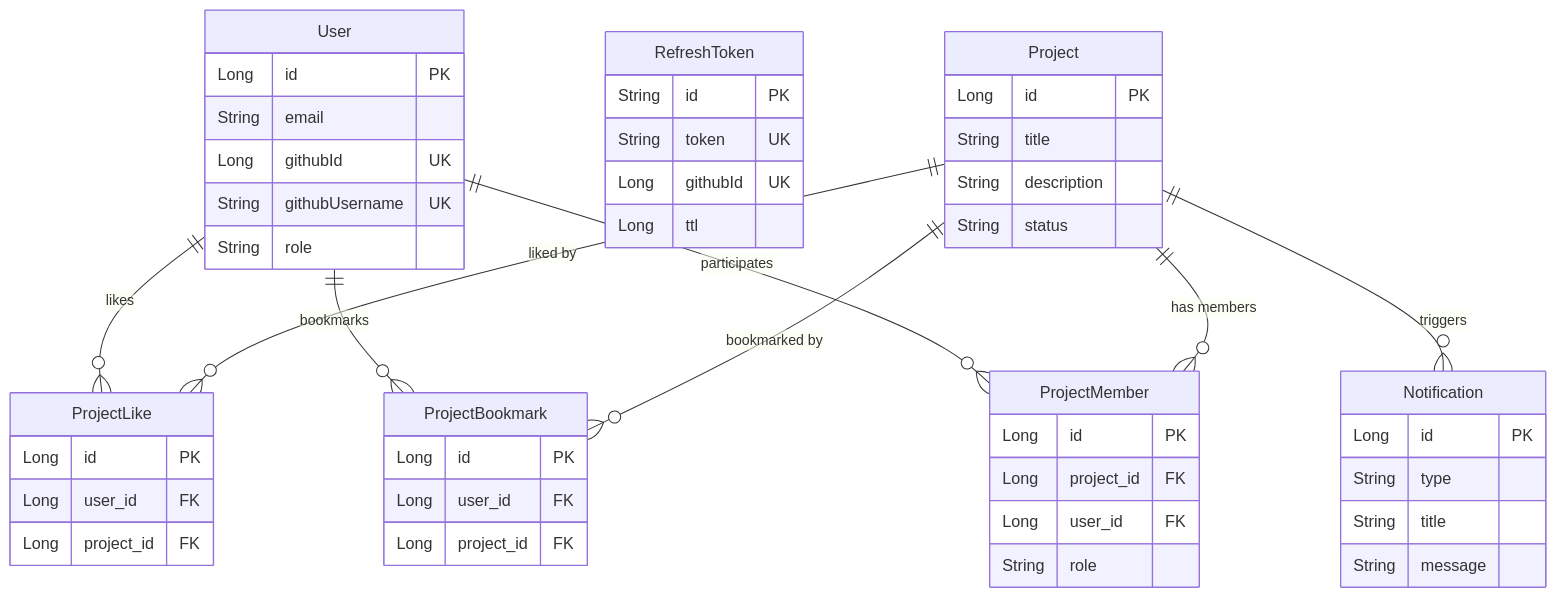
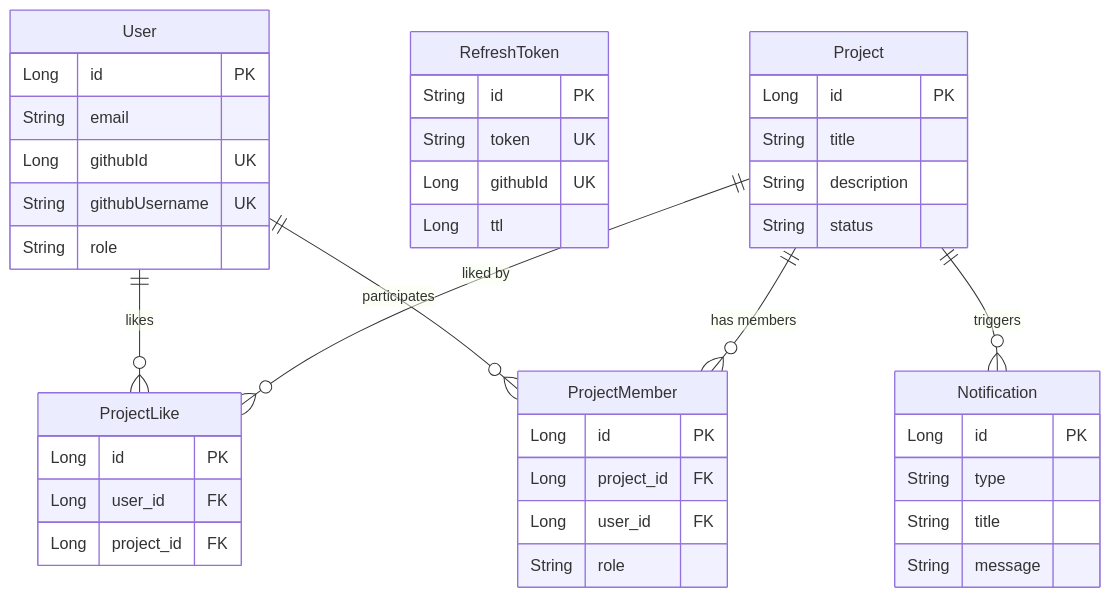
The diagram in README.md (Pmanchu-Service/Pmanchu_BE_ver.POP), drawn with Mermaid before and after one commit.

Commit message:
docs: (#6) 북마크 테이블 제거

````diff
--- a/README.md
+++ b/README.md
@@ -3,59 +3,51 @@
 ```mermaid
 erDiagram
     
     User {
         Long id PK
         String email
         Long githubId UK
         String githubUsername UK
         String role
     }
 
     RefreshToken {
         String id PK
         String token UK
         Long githubId UK 
         Long ttl
     }
 
     ProjectLike {
-        Long id PK
-        Long user_id FK
-        Long project_id FK
-    }
-
-    ProjectBookmark {
         Long id PK
         Long user_id FK
         Long project_id FK
     }
 
     Project {
         Long id PK
         String title
         String description
         String status
     }
 
     ProjectMember {
         Long id PK
         Long project_id FK
         Long user_id FK
         String role
     }
 
     Notification {
         Long id PK
         String type
         String title
         String message
     }
 
     User ||--o{ ProjectLike : "likes"
-    User ||--o{ ProjectBookmark : "bookmarks"
     User ||--o{ ProjectMember : "participates"
     Project ||--o{ ProjectLike : "liked by"
-    Project ||--o{ ProjectBookmark : "bookmarked by"
     Project ||--o{ ProjectMember : "has members"
     Project ||--o{ Notification : "triggers"
 ```
````
